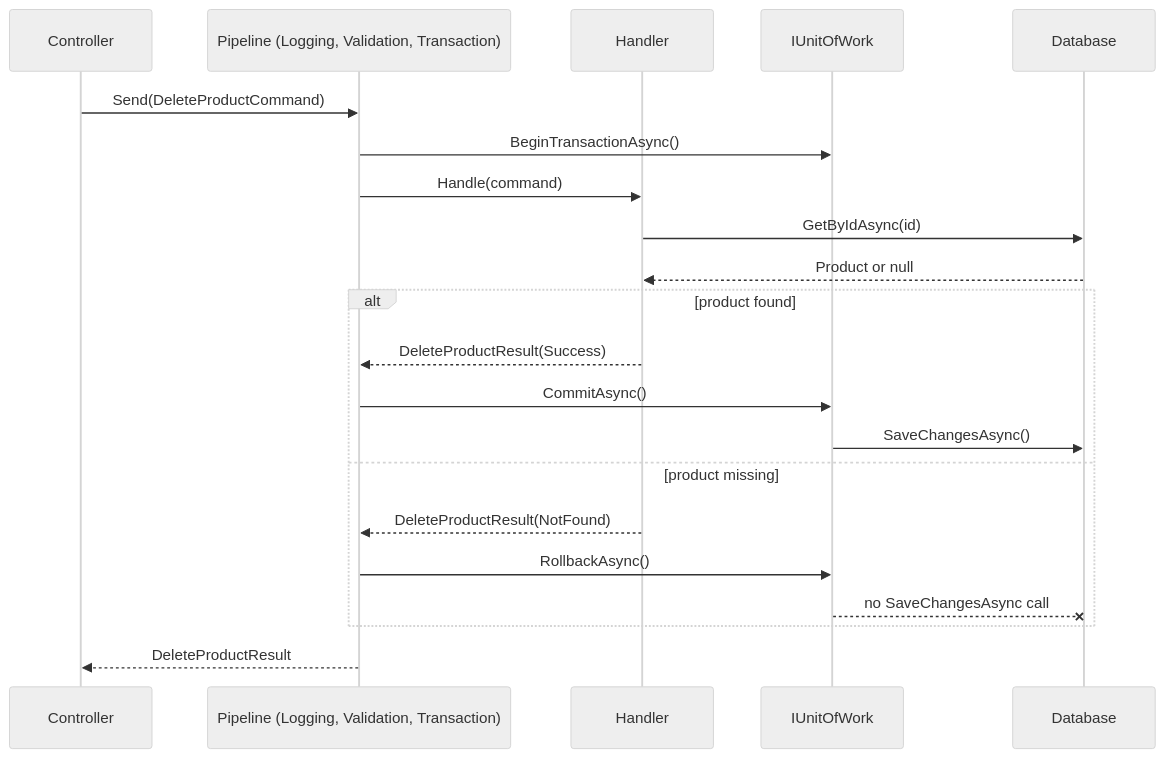
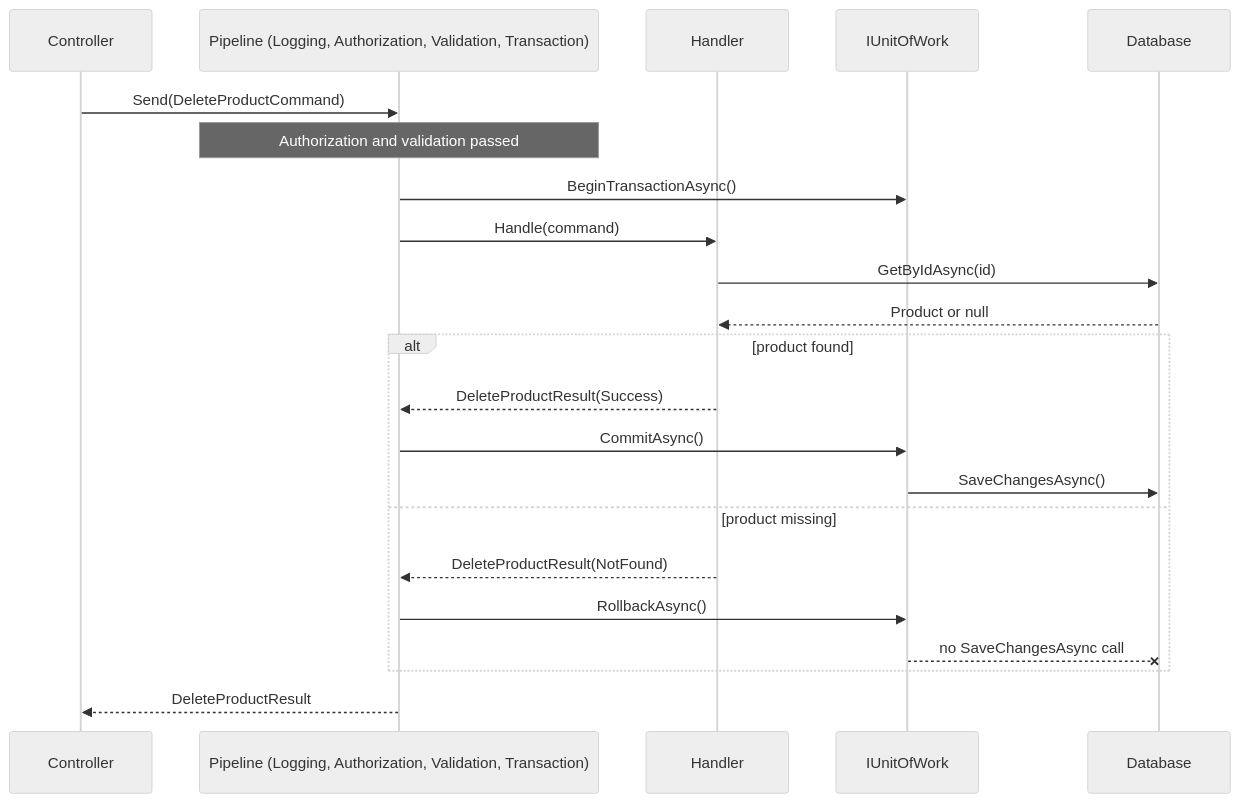
One commit to rheone/poc_mediatr-union_types changed the fifth of 8 diagrams in README.md. Above: the diagram before and after it, drawn with Mermaid (neutral theme). The commit also changed other lines of this file and 11 other files, not shown here.

Commit message:
Docs sweep: add the full endpoint/outcome contract, scope and testing sections, extension-member overrides and commit-failure flow; align pipeline, case-type and test inventories with the code

````diff
--- a/README.md
+++ b/README.md
@@ -822,26 +1005,27 @@
 ```mermaid
 sequenceDiagram
     participant C as Controller
-    participant P as Pipeline (Logging, Validation, Transaction)
+    participant P as Pipeline (Logging, Authorization, Validation, Transaction)
     participant H as Handler
     participant U as IUnitOfWork
     participant D as Database
 
     C->>P: Send(DeleteProductCommand)
+    Note over P: Authorization and validation passed
     P->>U: BeginTransactionAsync()
     P->>H: Handle(command)
     H->>D: GetByIdAsync(id)
     D-->>H: Product or null
 
     alt product found
         H-->>P: DeleteProductResult(Success)
         P->>U: CommitAsync()
         U->>D: SaveChangesAsync()
     else product missing
         H-->>P: DeleteProductResult(NotFound)
         P->>U: RollbackAsync()
         U--xD: no SaveChangesAsync call
     end
 
     P-->>C: DeleteProductResult
 ```
````
